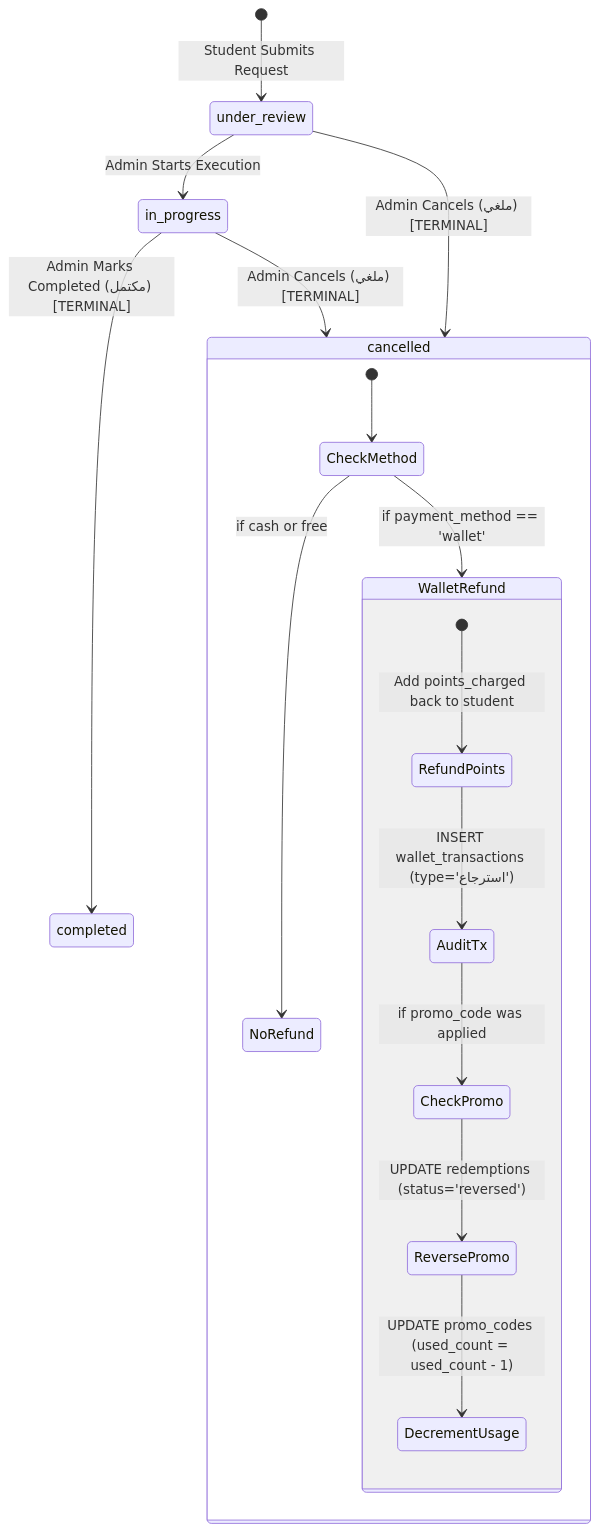
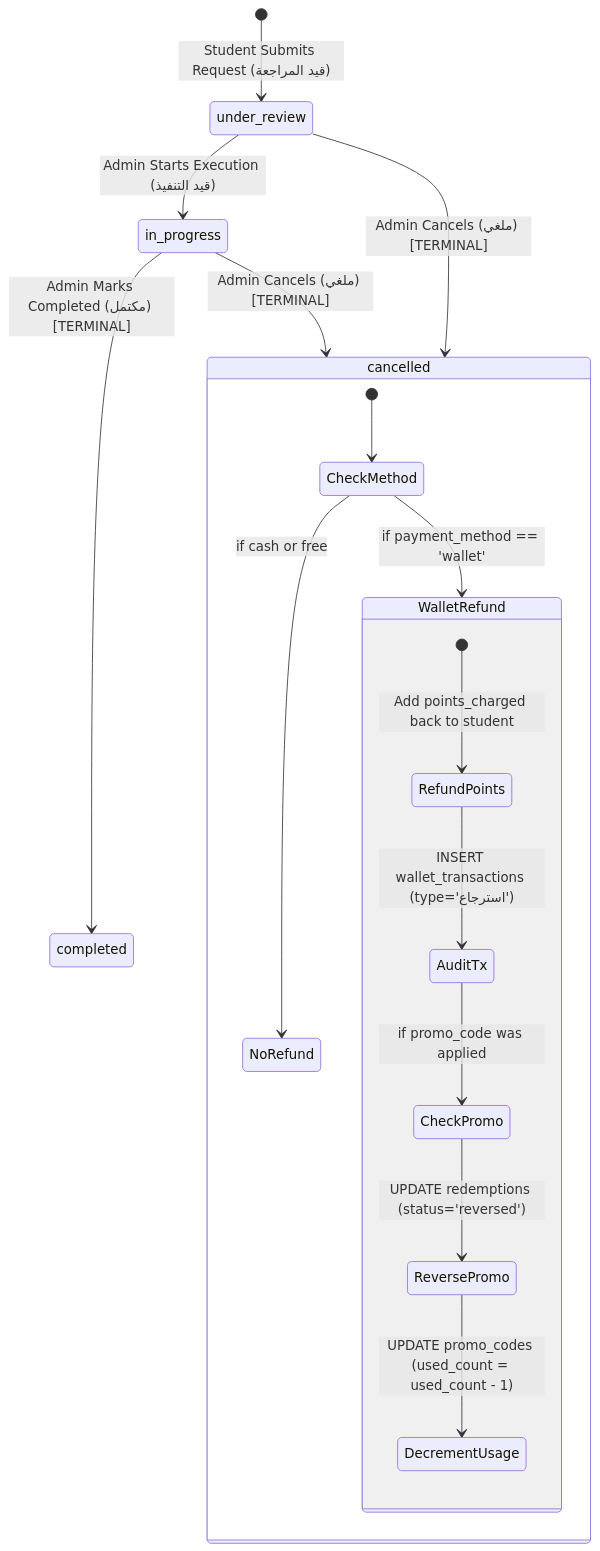
The first of 2 diagrams in docs/implementation_plan.md (mowaleed99/absher), drawn with Mermaid before and after one commit. The commit also changed other lines of this file, not shown here.

````diff
--- a/docs/implementation_plan.md
+++ b/docs/implementation_plan.md
@@ -34,22 +34,22 @@
 ```mermaid
 stateDiagram-v2
-    [*] --> under_review: Student Submits Request
-    under_review --> in_progress: Admin Starts Execution
+    [*] --> under_review: Student Submits Request (قيد المراجعة)
+    under_review --> in_progress: Admin Starts Execution (قيد التنفيذ)
     in_progress --> completed: Admin Marks Completed (مكتمل) [TERMINAL]
     under_review --> cancelled: Admin Cancels (ملغي) [TERMINAL]
     in_progress --> cancelled: Admin Cancels (ملغي) [TERMINAL]
     
     state cancelled {
         [*] --> CheckMethod
         CheckMethod --> WalletRefund: if payment_method == 'wallet'
         CheckMethod --> NoRefund: if cash or free
         
         state WalletRefund {
             [*] --> RefundPoints: Add points_charged back to student
             RefundPoints --> AuditTx: INSERT wallet_transactions (type='استرجاع')
             AuditTx --> CheckPromo: if promo_code was applied
             CheckPromo --> ReversePromo: UPDATE redemptions (status='reversed')
             ReversePromo --> DecrementUsage: UPDATE promo_codes (used_count = used_count - 1)
         }
     }
 ```
````
